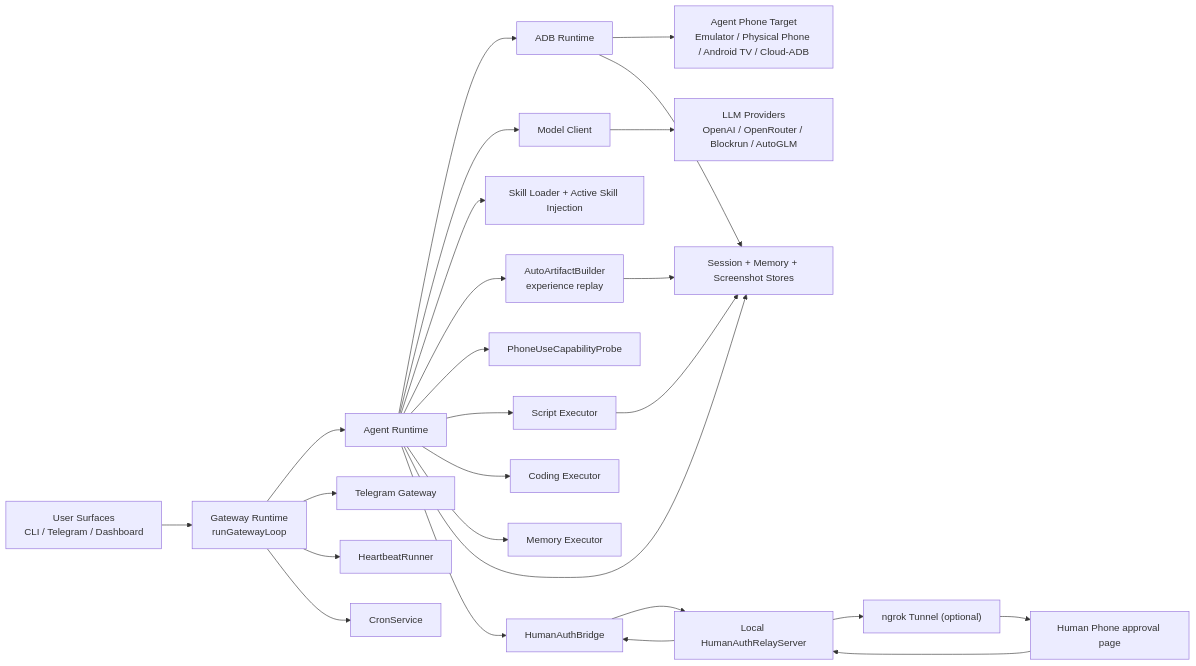
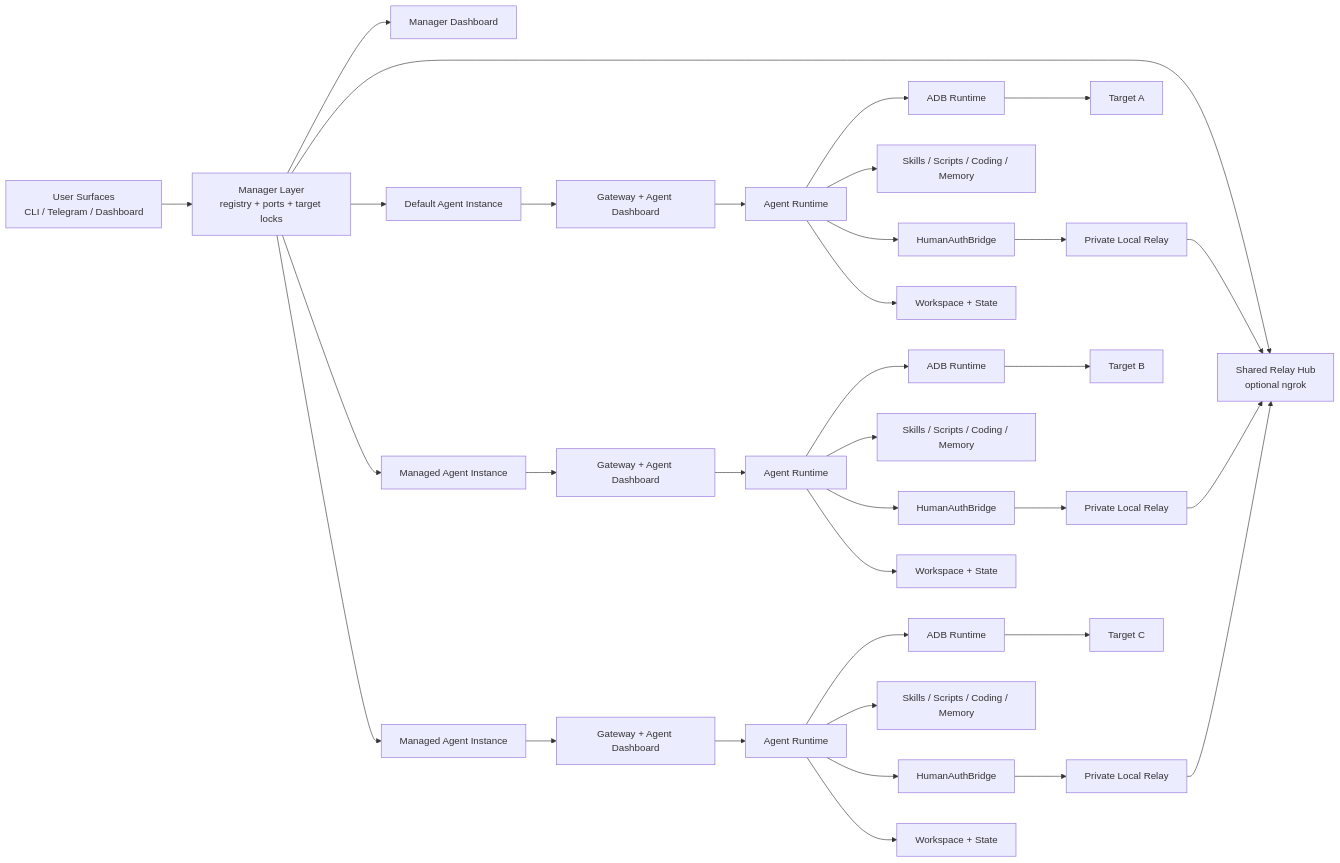
The diagram in frontend/concepts/architecture.md (pockebot/openpocket), drawn with Mermaid before and after one commit. The commit also changed other lines of this file and 18 other files, not shown here.

Commit message:
docs: update multi-agent and CLI documentation

````diff
--- a/frontend/concepts/architecture.md
+++ b/frontend/concepts/architecture.md
@@ -7,32 +9,46 @@
 ```mermaid
 flowchart LR
-  U["User Surfaces<br/>CLI / Telegram / Dashboard"] --> G["Gateway Runtime<br/>runGatewayLoop"]
-  G --> A["Agent Runtime"]
-  A --> D["ADB Runtime"]
-  D --> T["Agent Phone Target<br/>Emulator / Physical Phone / Android TV / Cloud-ADB"]
+  U["User Surfaces\nCLI / Telegram / Dashboard"] --> ML["Manager Layer\nregistry + ports + target locks"]
+  ML --> MD["Manager Dashboard"]
+  ML --> RH["Shared Relay Hub\noptional ngrok"]
 
-  G --> TG["Telegram Gateway"]
-  G --> H["HeartbeatRunner"]
-  G --> C["CronService"]
+  ML --> A0["Default Agent Instance"]
+  ML --> A1["Managed Agent Instance"]
+  ML --> A2["Managed Agent Instance"]
 
-  A --> M["Model Client"]
-  M --> P["LLM Providers<br/>OpenAI / OpenRouter / Blockrun / AutoGLM"]
+  A0 --> G0["Gateway + Agent Dashboard"]
+  A1 --> G1["Gateway + Agent Dashboard"]
+  A2 --> G2["Gateway + Agent Dashboard"]
 
-  A --> SK["Skill Loader + Active Skill Injection"]
-  A --> AB["AutoArtifactBuilder<br/>experience replay"]
-  A --> CP["PhoneUseCapabilityProbe"]
-  A --> SE["Script Executor"]
-  A --> CE["Coding Executor"]
-  A --> ME["Memory Executor"]
-  A --> S["Session + Memory + Screenshot Stores"]
-  D --> S
-  SE --> S
-  AB --> S
+  G0 --> AR0["Agent Runtime"]
+  G1 --> AR1["Agent Runtime"]
+  G2 --> AR2["Agent Runtime"]
 
-  A --> HB["HumanAuthBridge"]
-  HB --> R["Local HumanAuthRelayServer"]
-  R --> N["ngrok Tunnel (optional)"]
-  N --> PH["Human Phone approval page"]
-  PH --> R
-  R --> HB
+  AR0 --> D0["ADB Runtime"]
+  AR1 --> D1["ADB Runtime"]
+  AR2 --> D2["ADB Runtime"]
+
+  AR0 --> SK0["Skills / Scripts / Coding / Memory"]
+  AR1 --> SK1["Skills / Scripts / Coding / Memory"]
+  AR2 --> SK2["Skills / Scripts / Coding / Memory"]
+
+  AR0 --> HB0["HumanAuthBridge"]
+  AR1 --> HB1["HumanAuthBridge"]
+  AR2 --> HB2["HumanAuthBridge"]
+
+  HB0 --> LR0["Private Local Relay"]
+  HB1 --> LR1["Private Local Relay"]
+  HB2 --> LR2["Private Local Relay"]
+
+  D0 --> T0["Target A"]
+  D1 --> T1["Target B"]
+  D2 --> T2["Target C"]
+
+  AR0 --> S0["Workspace + State"]
+  AR1 --> S1["Workspace + State"]
+  AR2 --> S2["Workspace + State"]
+
+  LR0 --> RH
+  LR1 --> RH
+  LR2 --> RH
 ```
````
